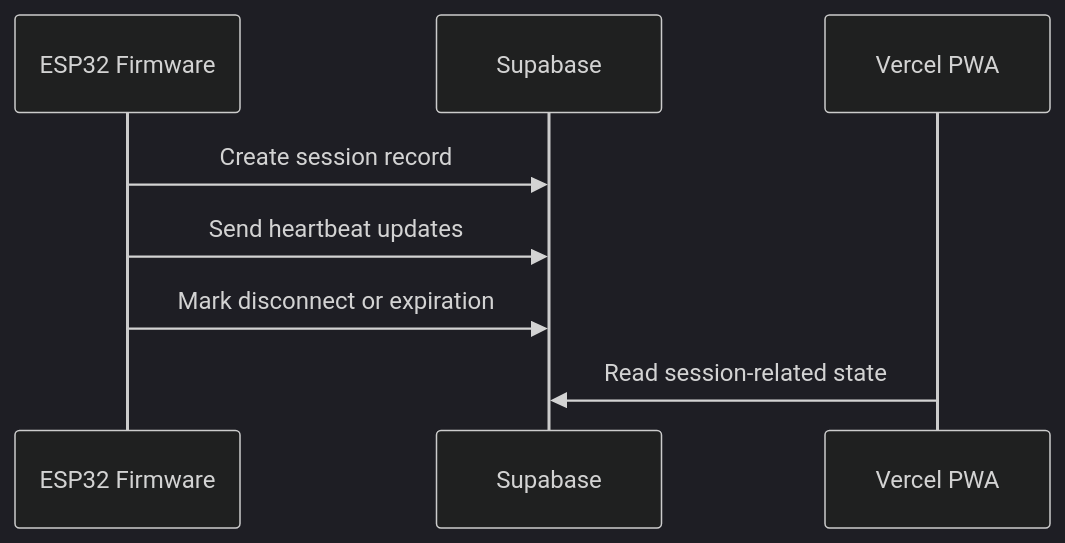
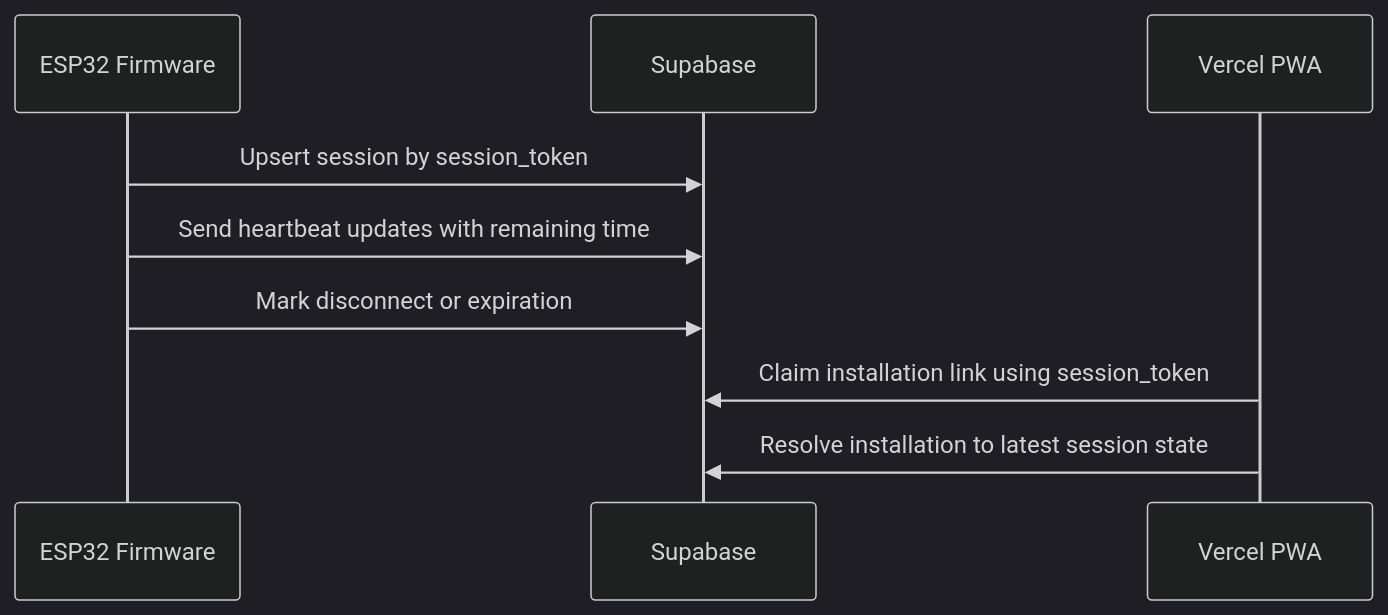
Before and after one commit to peewweee/esp32-wifi-ap-cp: the third of 3 diagrams in SYSTEM_ARCHITECTURE.md, drawn with Mermaid (dark theme). The commit also changed other lines of this file and 7 other files, not shown here.

Commit message:
Refactor PWA linking and session management

````diff
--- a/SYSTEM_ARCHITECTURE.md
+++ b/SYSTEM_ARCHITECTURE.md
@@ -313,11 +319,12 @@
 ```mermaid
 sequenceDiagram
     participant ESP as ESP32 Firmware
     participant SB as Supabase
     participant PWA as Vercel PWA
 
-    ESP->>SB: Create session record
-    ESP->>SB: Send heartbeat updates
+    ESP->>SB: Upsert session by session_token
+    ESP->>SB: Send heartbeat updates with remaining time
     ESP->>SB: Mark disconnect or expiration
-    PWA->>SB: Read session-related state
+    PWA->>SB: Claim installation link using session_token
+    PWA->>SB: Resolve installation to latest session state
 ```
````
